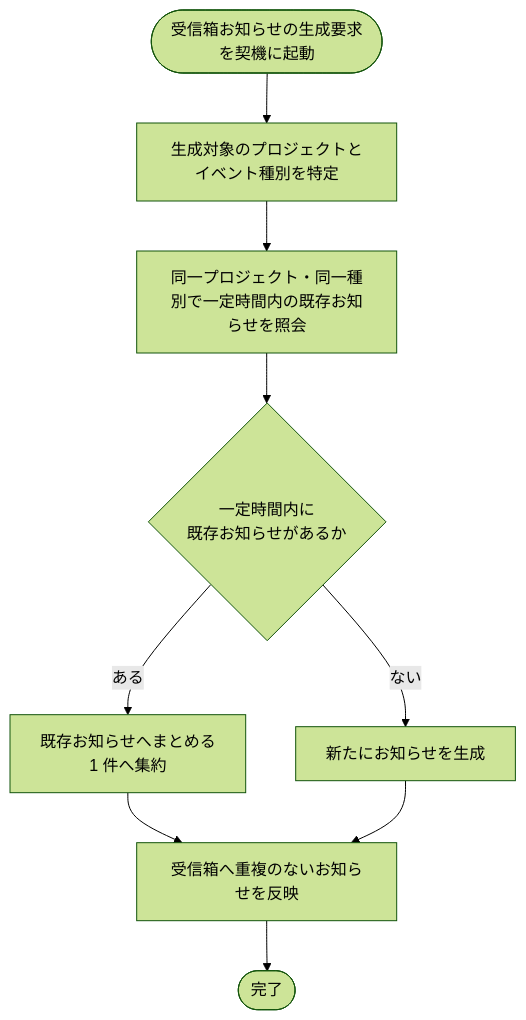
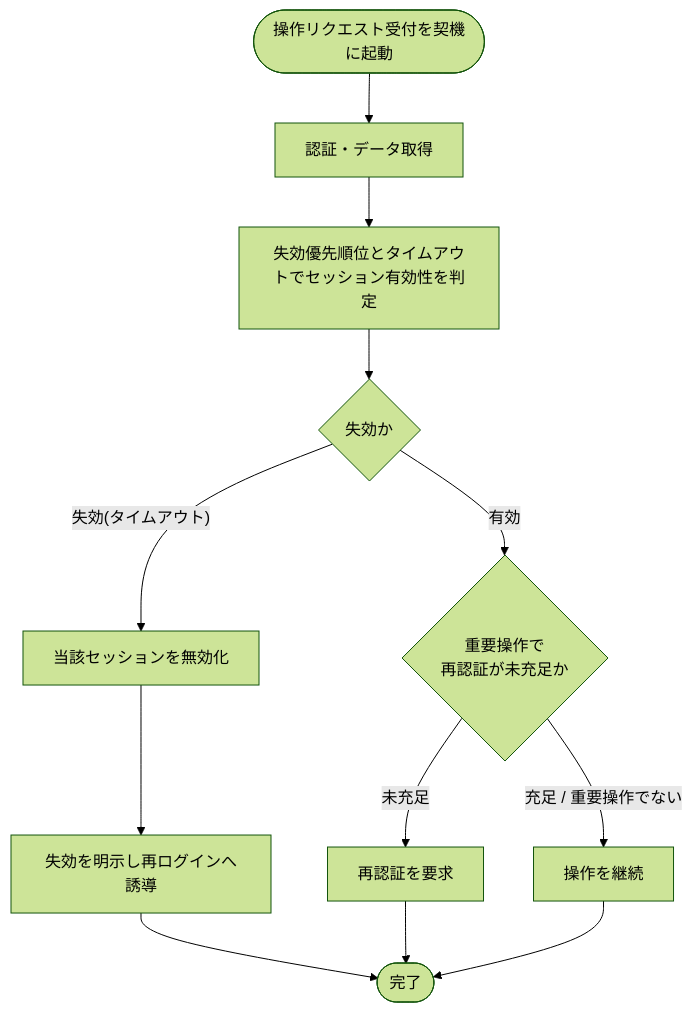
One commit to sikakou54/open-faq changed the diagram in 02_basic_design/02_backend/01_system/SYS-028.md. Above: the diagram before and after it, drawn with Mermaid (forest theme). The commit also changed other lines of this file and 395 other files, not shown here.

````diff
--- a/02_basic_design/02_backend/01_system/SYS-028.md
+++ b/02_basic_design/02_backend/01_system/SYS-028.md
@@ -27,11 +26,14 @@
 ```mermaid
 flowchart TB
-  S([受信箱お知らせの生成要求を契機に起動]) --> A[生成対象のプロジェクトとイベント種別を特定]
-  A --> B[同一プロジェクト・同一種別で一定時間内の既存お知らせを照会]
-  B --> C{一定時間内に<br/>既存お知らせがあるか}
-  C -- ある --> D[既存お知らせへまとめる<br/>1 件へ集約]
-  C -- ない --> E[新たにお知らせを生成]
-  D --> F[受信箱へ重複のないお知らせを反映]
-  E --> F
-  F --> H([完了])
+  S([操作リクエスト受付を契機に起動]) --> A[認証・データ取得]
+  A --> B[失効優先順位とタイムアウトでセッション有効性を判定]
+  B --> C{失効か}
+  C -- 失効(タイムアウト) --> D[当該セッションを無効化]
+  D --> E[失効を明示し再ログインへ誘導]
+  C -- 有効 --> F{重要操作で<br/>再認証が未充足か}
+  F -- 未充足 --> G[再認証を要求]
+  F -- 充足 / 重要操作でない --> H[操作を継続]
+  E --> I([完了])
+  G --> I
+  H --> I
 ```
````
